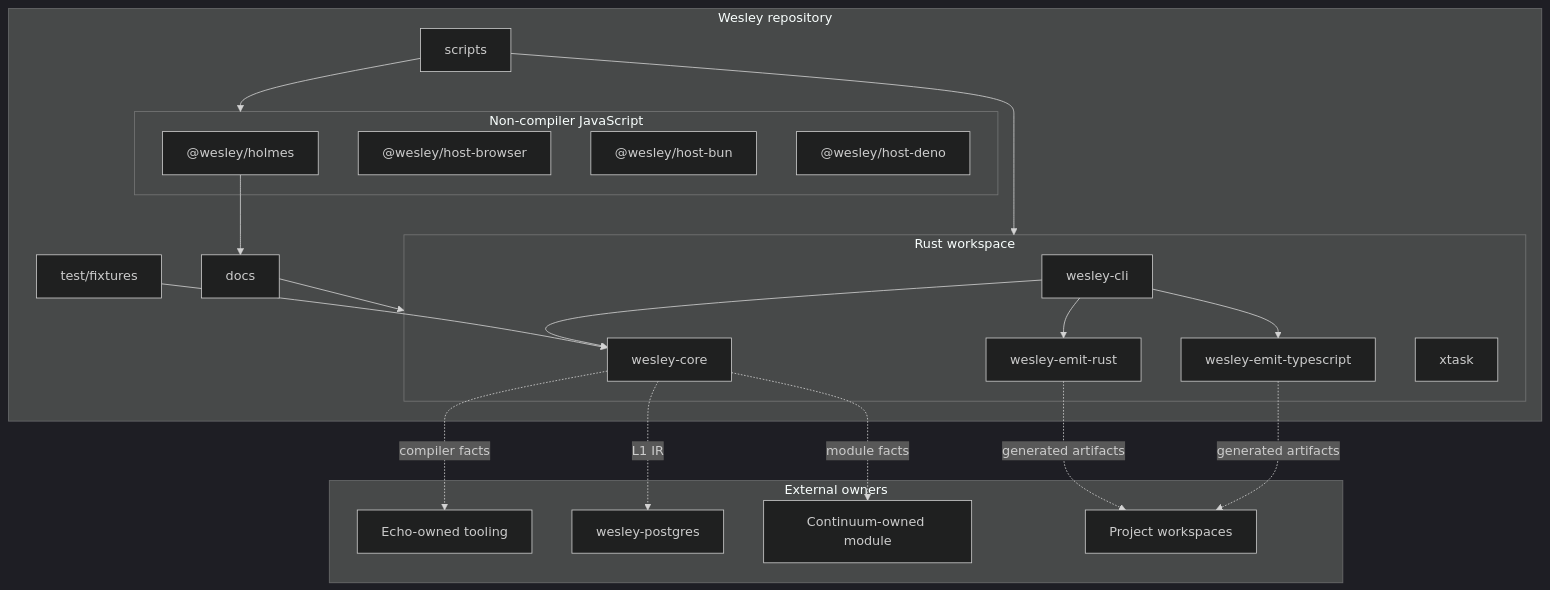
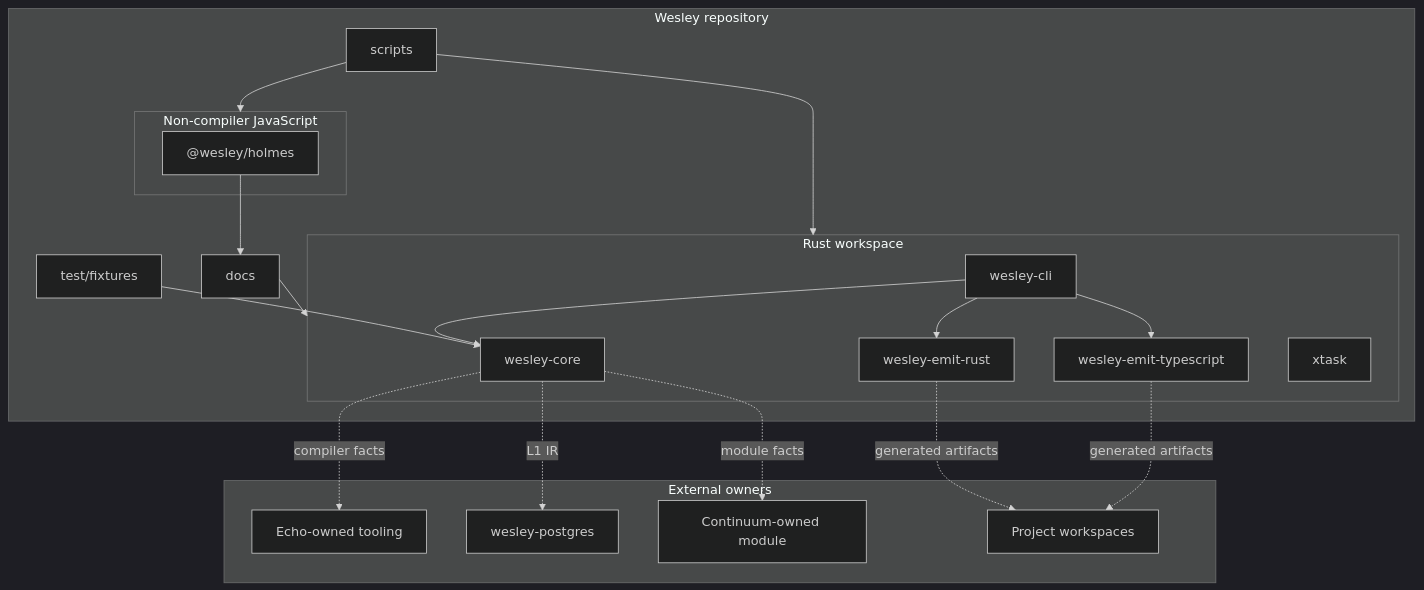
Before and after one commit to flyingrobots/wesley: diagram 20 of 24 in docs/END_TO_END.md, drawn with Mermaid (dark theme). The commit also changed other lines of this file and 88 other files, not shown here.

````diff
--- a/docs/END_TO_END.md
+++ b/docs/END_TO_END.md
@@ -930,45 +927,42 @@
 ```mermaid
 flowchart TB
     subgraph Repo["Wesley repository"]
         Docs[docs]
         Fixtures[test/fixtures]
         Scripts[scripts]
 
         subgraph Rust["Rust workspace"]
             Core[wesley-core]
             NativeCli[wesley-cli]
             EmitRust[wesley-emit-rust]
             EmitTS[wesley-emit-typescript]
             Xtask[xtask]
         end
 
         subgraph JS["Non-compiler JavaScript"]
             Holmes["@wesley/holmes"]
-            HostBrowser["@wesley/host-browser"]
-            HostBun["@wesley/host-bun"]
-            HostDeno["@wesley/host-deno"]
         end
     end
 
     subgraph External["External owners"]
         Echo[Echo-owned tooling]
         Postgres[wesley-postgres]
         Continuum[Continuum-owned module]
         Apps[Project workspaces]
     end
 
     Docs --> Rust
     Fixtures --> Core
     Scripts --> Rust
     Scripts --> JS
     NativeCli --> Core
     NativeCli --> EmitRust
     NativeCli --> EmitTS
     Holmes --> Docs
 
     Core -. compiler facts .-> Echo
     Core -. L1 IR .-> Postgres
     Core -. module facts .-> Continuum
     EmitRust -. generated artifacts .-> Apps
     EmitTS -. generated artifacts .-> Apps
 ```
````
